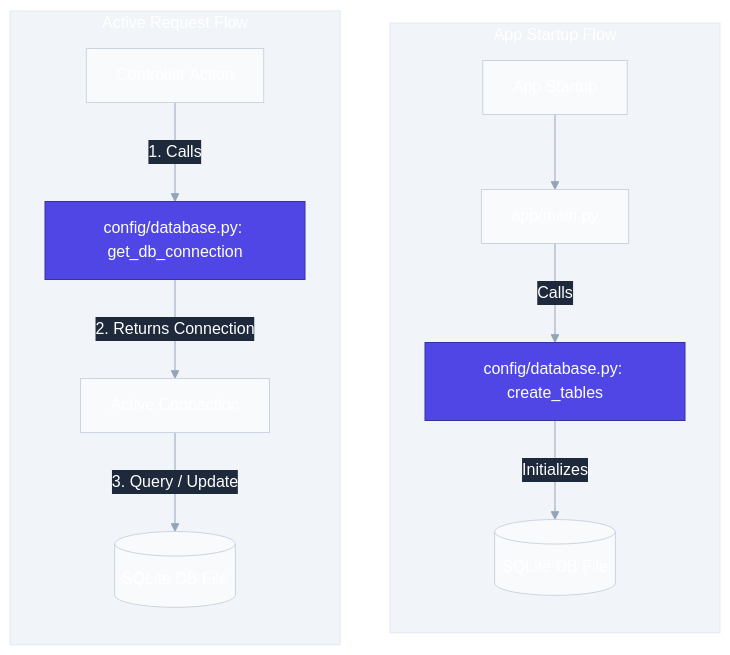
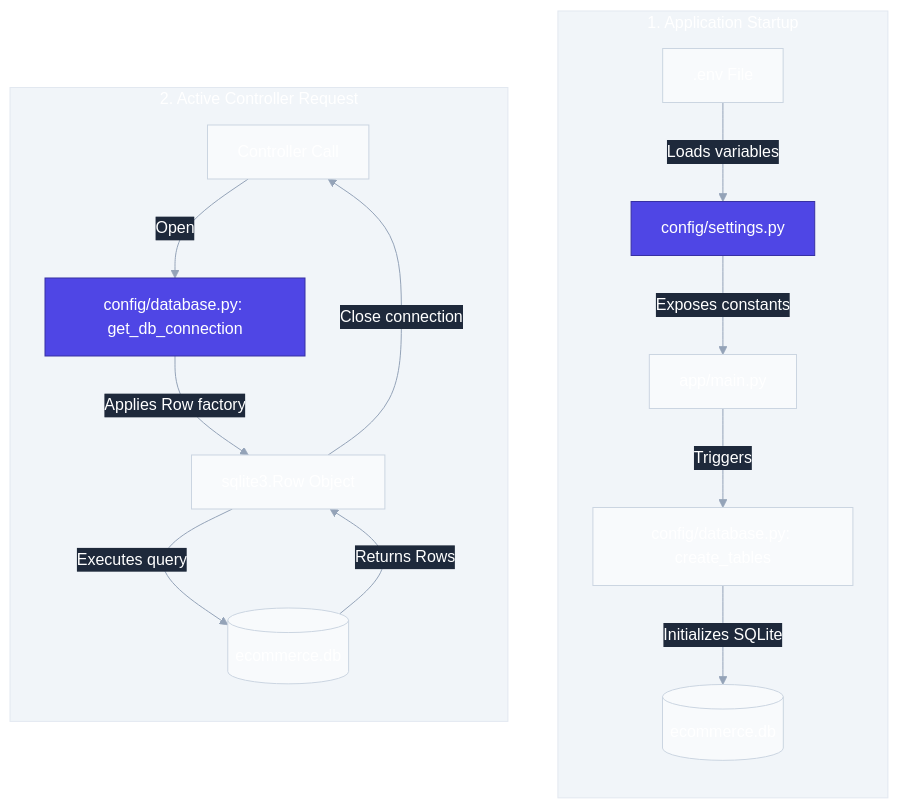
Before and after one commit to nakul-cloud/ecommerce-api: the diagram in app/config/README.md, drawn with Mermaid. The commit also changed other lines of this file and 8 other files, not shown here.

Commit message:
docs: add comprehensive architecture documentation across app modules

````diff
--- a/app/config/README.md
+++ b/app/config/README.md
@@ -41,20 +22,23 @@
 ```mermaid
-%%{init: {'theme': 'base', 'themeVariables': {'primaryColor': '#4f46e5', 'primaryTextColor': '#ffffff', 'primaryBorderColor': '#3730a3', 'lineColor': '#94a3b8', 'secondaryColor': '#10b981', 'tertiaryColor': '#f59e0b', 'background': '#ffffff', 'mainBkg': '#f8fafc', 'nodeBorder': '#cbd5e1', 'nodeTextColor': '#1e293b', 'textColor': '#ffffff', 'titleColor': '#ffffff', 'edgeLabelBackground': '#1e293b', 'clusterBkg': '#f1f5f9', 'clusterBorder': '#e2e8f0', 'actorBkg': '#f8fafc', 'actorBorder': '#cbd5e1', 'actorTextColor': '#1e293b', 'signalColor': '#4f46e5', 'signalTextColor': '#ffffff', 'noteBkgColor': '#fef08a', 'noteBorderColor': '#facc15', 'noteTextColor': '#713f12'}}}%%
+%%{init: {'theme': 'base', 'themeVariables': {'primaryColor': '#4f46e5', 'primaryTextColor': '#ffffff', 'primaryBorderColor': '#3730a3', 'lineColor': '#94a3b8', 'secondaryColor': '#10b981', 'tertiaryColor': '#f59e0b', 'background': '#ffffff', 'mainBkg': '#f8fafc', 'nodeBorder': '#cbd5e1', 'nodeTextColor': '#1e293b', 'textColor': '#ffffff', 'titleColor': '#ffffff', 'edgeLabelBackground': '#1e293b', 'clusterBkg': '#f1f5f9', 'clusterBorder': '#e2e8f0', 'textColor': '#334155'}}}%%
 flowchart TD
-    subgraph StartupFlow [App Startup Flow]
+    subgraph StartupBoot [1. Application Startup]
         direction TB
-        S1[App Startup] --> S2[app/main.py]
-        S2 -->|Calls| S3[config/database.py: create_tables]
-        S3 -->|Initializes| S4[(SQLite DB File)]
+        S1[.env File] -->|Loads variables| S2[config/settings.py]
+        S2 -->|Exposes constants| S3[app/main.py]
+        S3 -->|Triggers| S4[config/database.py: create_tables]
+        S4 -->|Initializes SQLite| S5[(ecommerce.db)]
     end
 
-    subgraph RequestFlow [Active Request Flow]
+    subgraph ConnectionReq [2. Active Controller Request]
         direction TB
-        R1[Controller Action] -->|1. Calls| R2[config/database.py: get_db_connection]
-        R2 -->|2. Returns Connection| R3[Active Connection]
-        R3 -->|3. Query / Update| R4[(SQLite DB File)]
+        R1[Controller Call] -->|Open| R2[config/database.py: get_db_connection]
+        R2 -->|Applies Row factory| R3[sqlite3.Row Object]
+        R3 -->|Executes query| R4[(ecommerce.db)]
+        R4 -->|Returns Rows| R3
+        R3 -->|Close connection| R1
     end
     
-    style S3 fill:#4f46e5,stroke:#3730a3,color:#ffffff
+    style S2 fill:#4f46e5,stroke:#3730a3,color:#ffffff
     style R2 fill:#4f46e5,stroke:#3730a3,color:#ffffff
 ```
````
